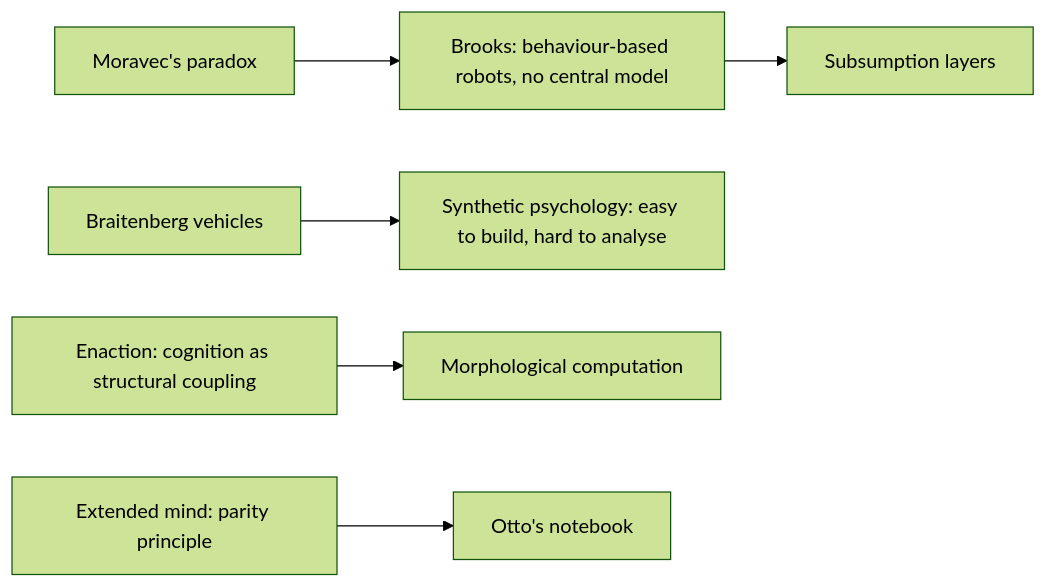
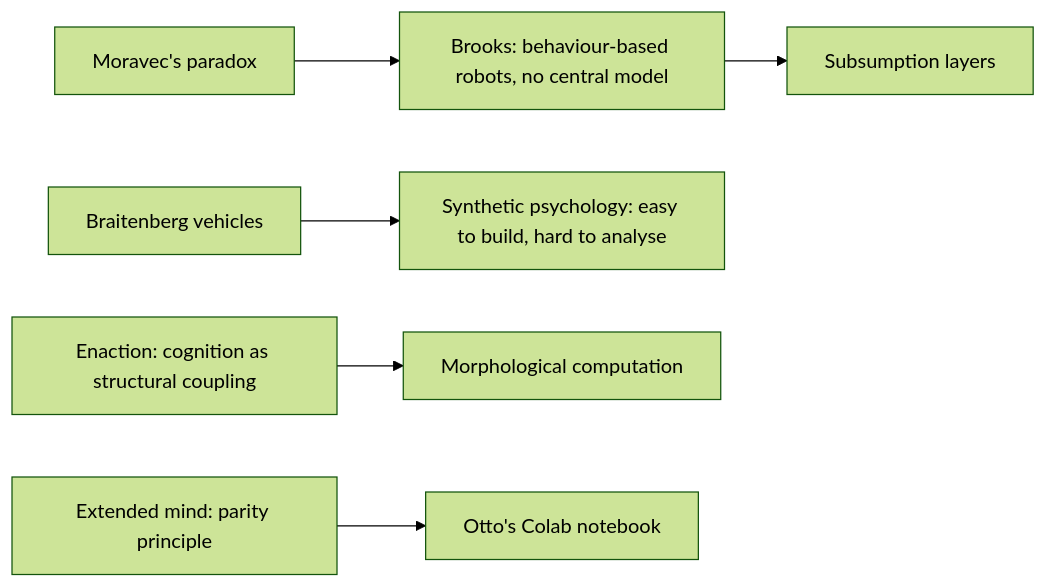
The diagram in weeks/week-07/README.md (utkukose/philosophy-of-ai-NB-lecture), drawn with Mermaid (forest theme) before and after one commit. The commit also changed other lines of this file and 83 other files, not shown here.

````diff
--- a/weeks/week-07/README.md
+++ b/weeks/week-07/README.md
@@ -34,8 +34,8 @@
 ```mermaid
 flowchart LR
   B["Brooks: behaviour-based robots, no central model"] --> SUB["Subsumption layers"]
   MV["Moravec's paradox"] --> B
   BR["Braitenberg vehicles"] --> SP["Synthetic psychology: easy to build, hard to analyse"]
   EN["Enaction: cognition as structural coupling"] --> MC["Morphological computation"]
-  EX["Extended mind: parity principle"] --> OT["Otto's notebook"]
+  EX["Extended mind: parity principle"] --> OT["Otto's Colab notebook"]
 ```
````
